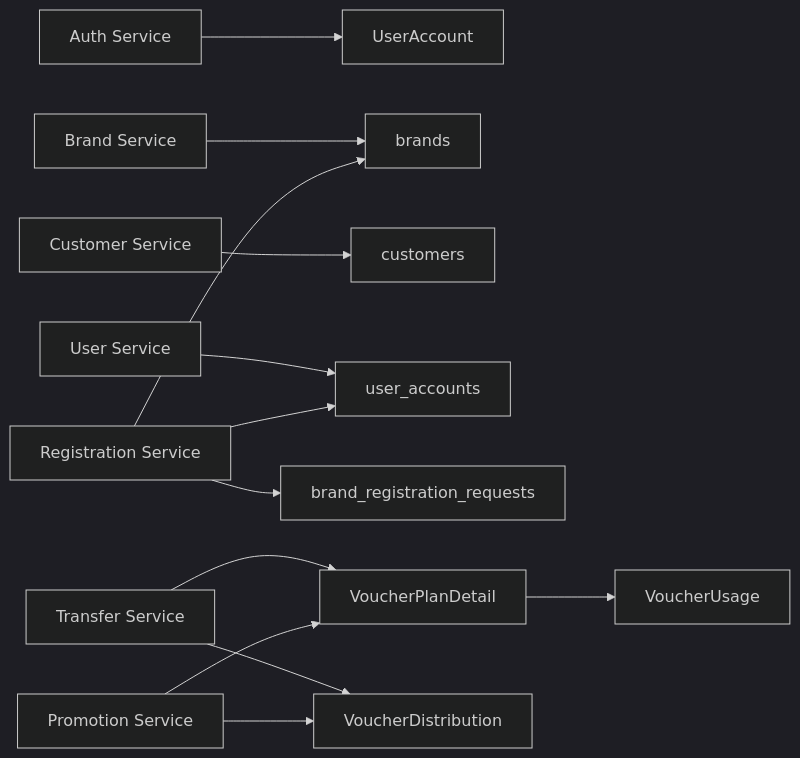
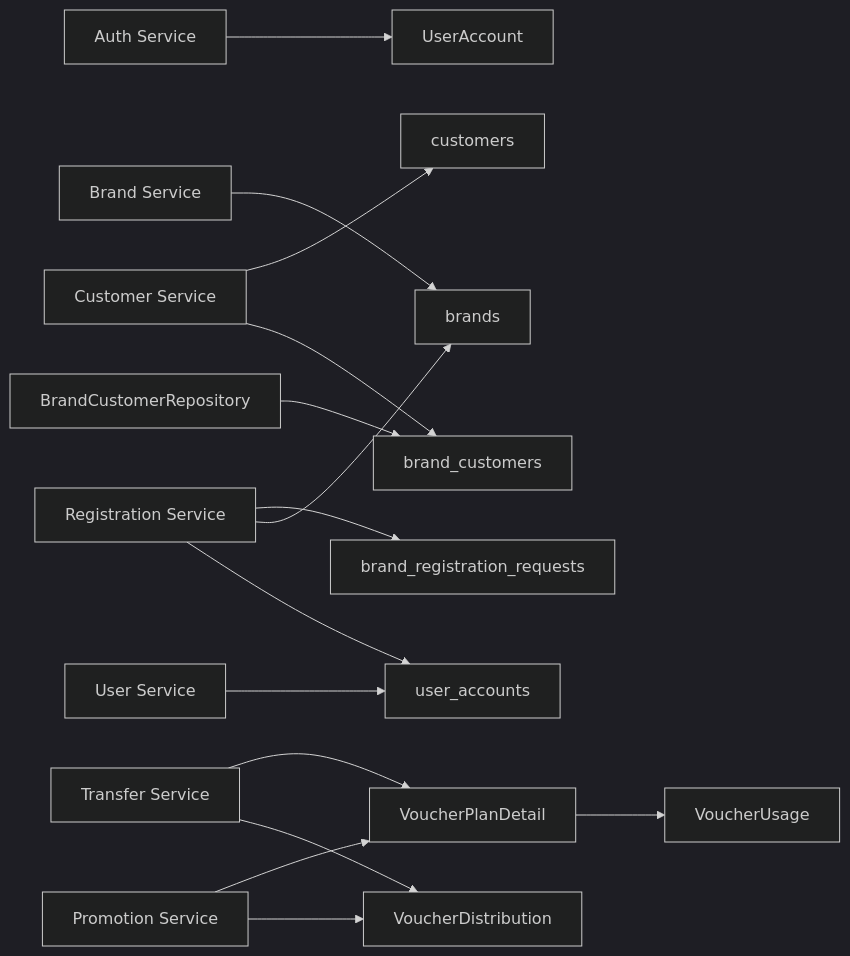
Before and after one commit to lamhongbac/NonCash: diagram 12 of 12 in .qoder/repowiki/en/content/Business Logic and Workflows/Customer and Business Management.md, drawn with Mermaid (dark theme). The commit also changed other lines of this file and 57 other files, not shown here.

````diff
--- a/.qoder/repowiki/en/content/Business Logic and Workflows/Customer and Business Management.md
+++ b/.qoder/repowiki/en/content/Business Logic and Workflows/Customer and Business Management.md
@@ -513,15 +589,17 @@
 ```mermaid
 graph LR
 AUTH["Auth Service"] --> USER["UserAccount"]
 BRAND["Brand Service"] --> BRAND_TBL["brands"]
 CUSTOMER["Customer Service"] --> CUSTOMER_TBL["customers"]
+CUSTOMER --> BRAND_CUSTOMER_TBL["brand_customers"]
 USER_SERVICE["User Service"] --> USER_TBL["user_accounts"]
 REG_SERVICE["Registration Service"] --> REG_REQUEST_TBL["brand_registration_requests"]
 REG_SERVICE --> BRAND_TBL
 REG_SERVICE --> USER_TBL
 TRANSFER["Transfer Service"] --> DETAIL["VoucherPlanDetail"]
 TRANSFER --> DIST["VoucherDistribution"]
 PROMO["Promotion Service"] --> DETAIL
 PROMO --> DIST
 DETAIL --> USAGE["VoucherUsage"]
+BRAND_CUSTOMER_REPO["BrandCustomerRepository"] --> BRAND_CUSTOMER_TBL
 ```
````
